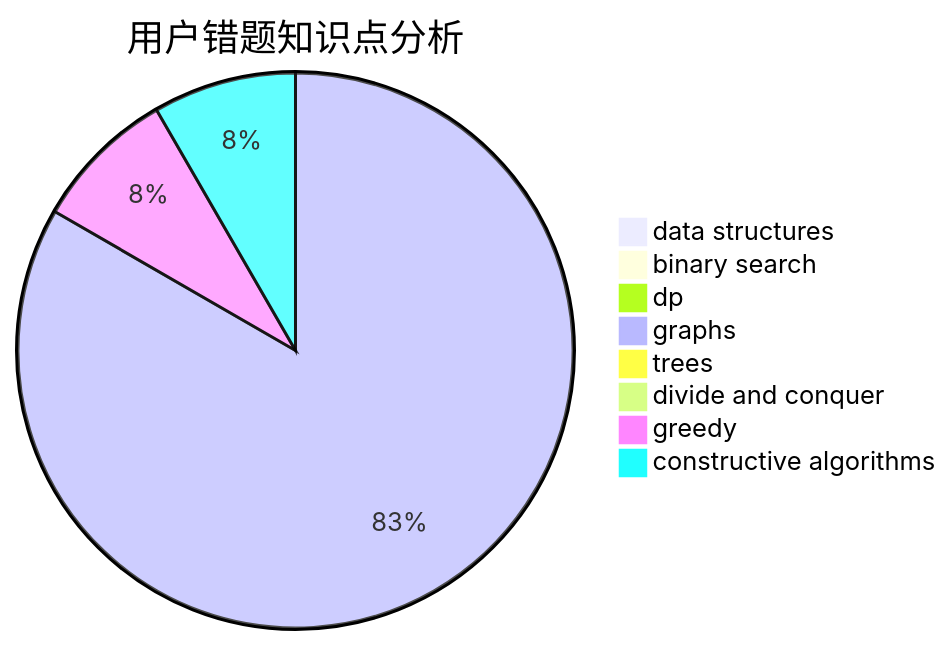
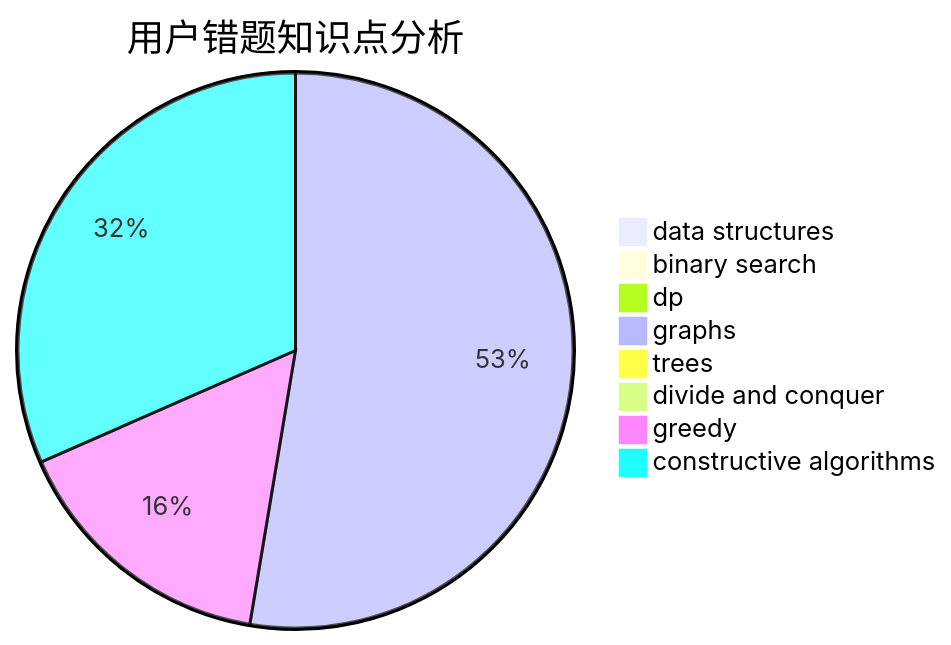
One commit to sherpahu/cfrs.github.io changed the third of 3 diagrams in docs/user/u1982.md. Above: the diagram before and after it, drawn with Mermaid. The commit also changed other lines of this file and 2770 other files, not shown here.

````diff
--- a/docs/user/u1982.md
+++ b/docs/user/u1982.md
@@ -36,11 +36,11 @@
 ```mermaid
 pie title 用户错题知识点分析
     "data structures" :  0
     "binary search" :  0
     "dp" :  0
     "graphs" :  20
     "trees" :  0
     "divide and conquer" :  0
-    "greedy" :  2
-    "constructive algorithms" :  2
+    "greedy" :  6
+    "constructive algorithms" :  12
 ```
````
